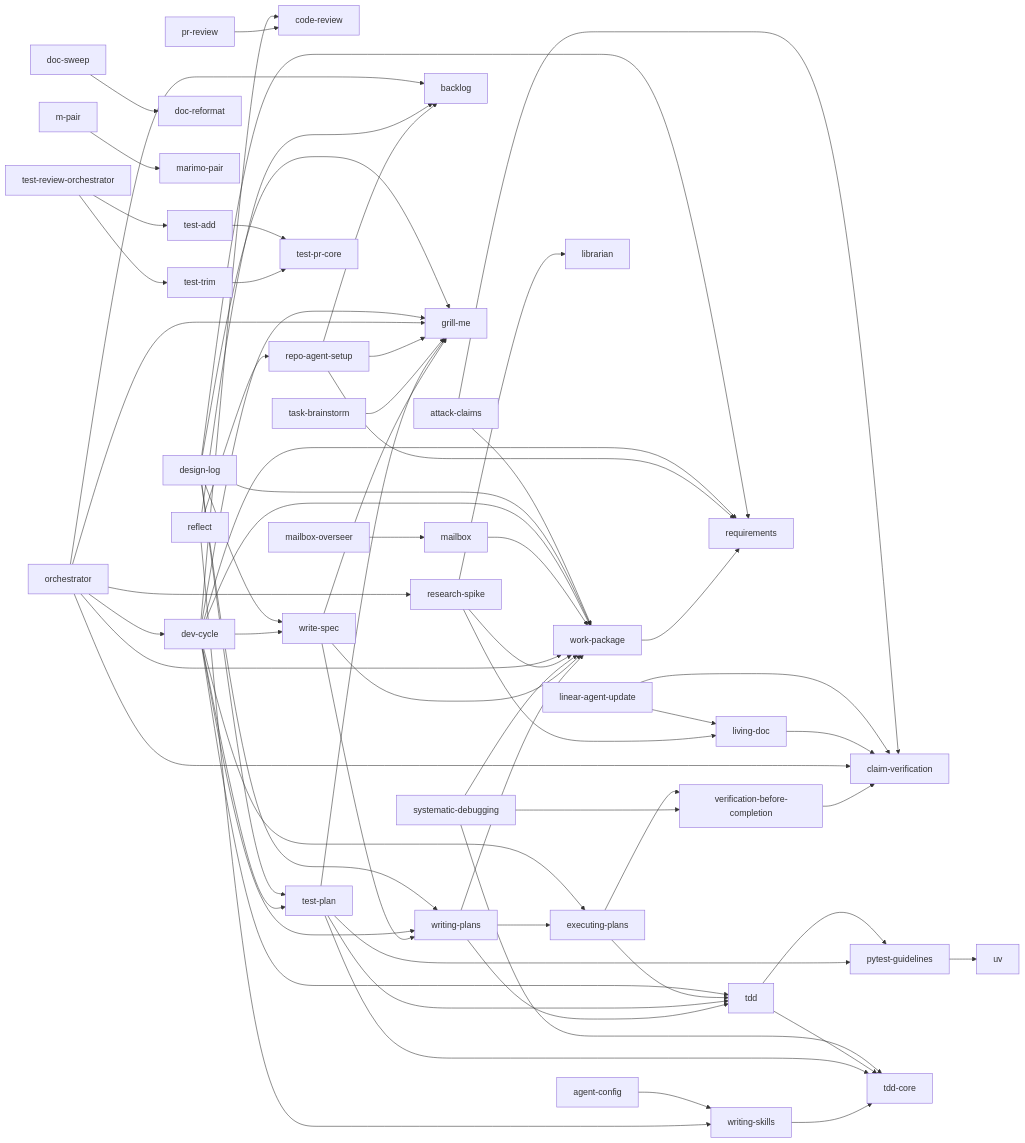
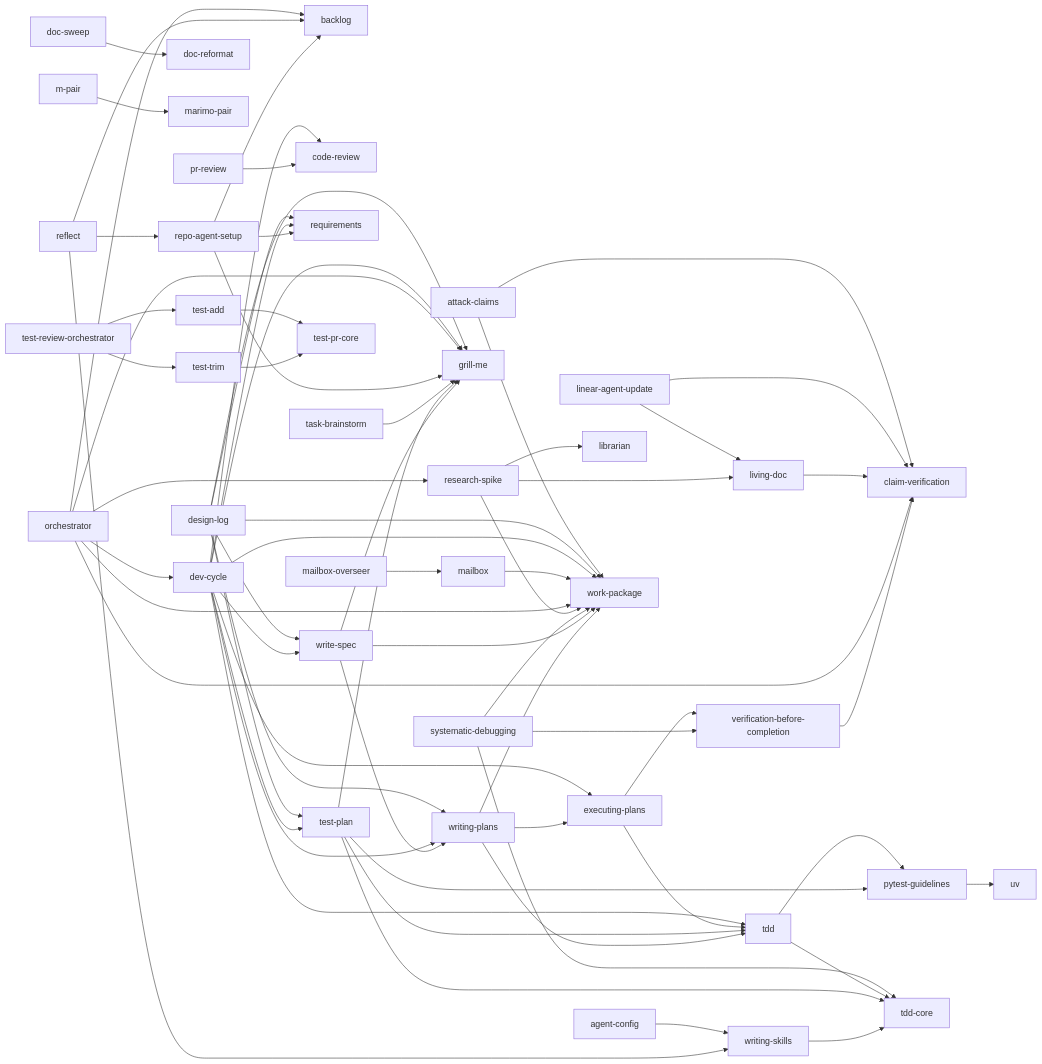
One commit to Haydeni0/agent-config changed the diagram in README.md. Above: the diagram before and after it, drawn with Mermaid. The commit also changed 2 other files, not shown here.

Commit message:
revert(skills): drop work-package requirements citation - deferred to interworkings session

```diff
--- a/README.md
+++ b/README.md
@@ -305,7 +305,6 @@
     test_review_orchestrator --> test_add
     test_trim --> test_pr_core
     verification_before_completion --> claim_verification
-    work_package --> requirements
     write_spec --> grill_me
     write_spec --> writing_plans
     write_spec --> work_package
```
